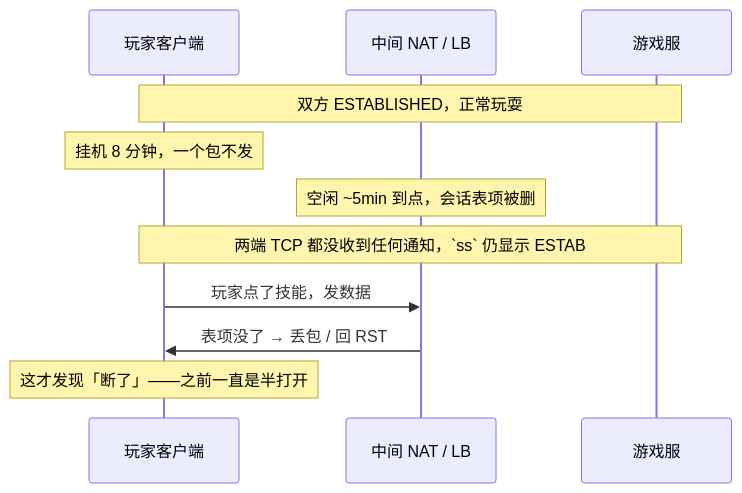
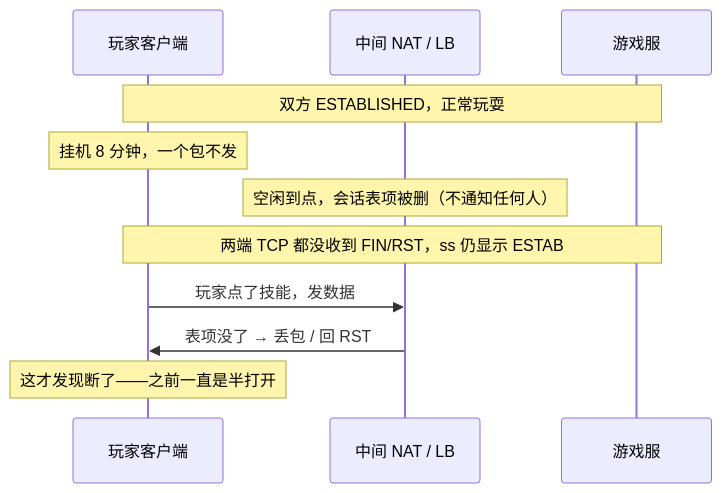
The fifth of 9 diagrams in 01-基础底座/13-TCP与UDP/知识点.md (ml-cuizijun/LearnToLilith), drawn with Mermaid before and after one commit. The commit also changed other lines of this file, not shown here.

Commit message:
Refactor TCP and UDP chapter for clarity

````diff
--- a/01-基础底座/13-TCP与UDP/知识点.md
+++ b/01-基础底座/13-TCP与UDP/知识点.md
@@ -495,13 +300,13 @@
 ```mermaid
 sequenceDiagram
     participant C as 玩家客户端
     participant N as 中间 NAT / LB
     participant S as 游戏服
     Note over C,S: 双方 ESTABLISHED，正常玩耍
     Note over C: 挂机 8 分钟，一个包不发
-    Note over N: 空闲 ~5min 到点，会话表项被删
-    Note over C,S: 两端 TCP 都没收到任何通知，`ss` 仍显示 ESTAB
+    Note over N: 空闲到点，会话表项被删（不通知任何人）
+    Note over C,S: 两端 TCP 都没收到 FIN/RST，ss 仍显示 ESTAB
     C->>N: 玩家点了技能，发数据
     N->>C: 表项没了 → 丢包 / 回 RST
-    Note over C: 这才发现「断了」——之前一直是半打开
+    Note over C: 这才发现断了——之前一直是半打开
 ```
````
